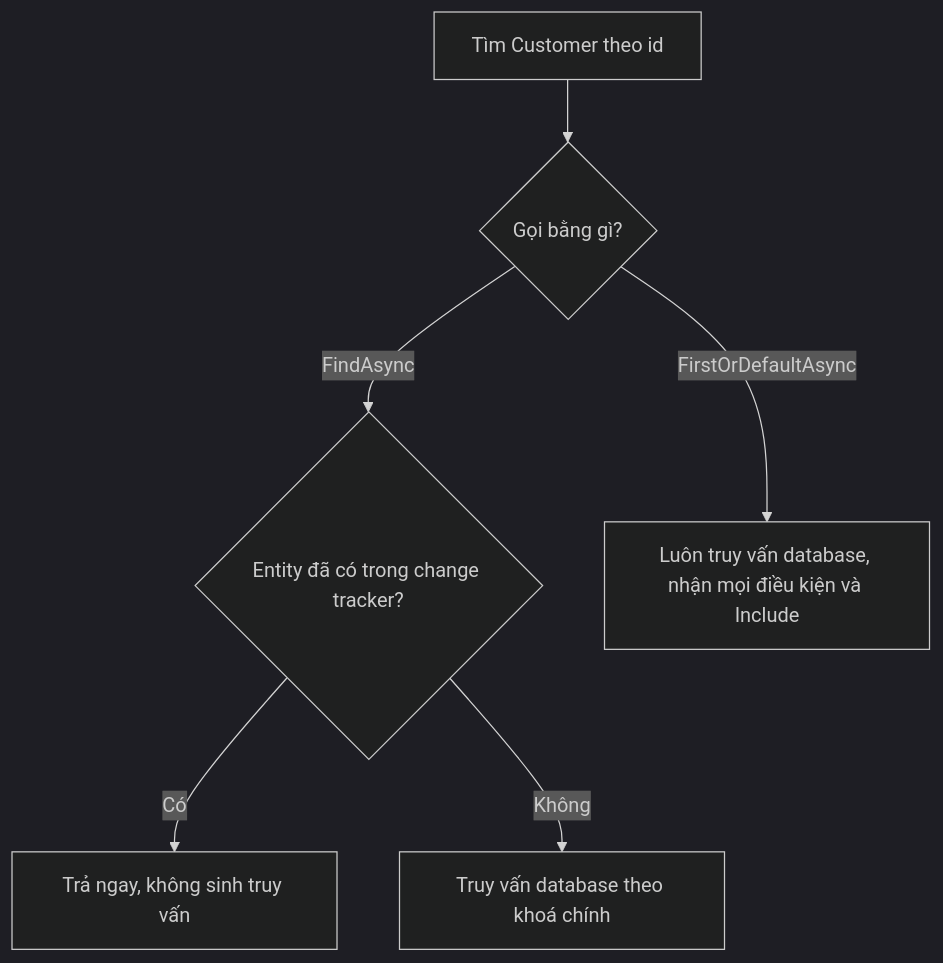
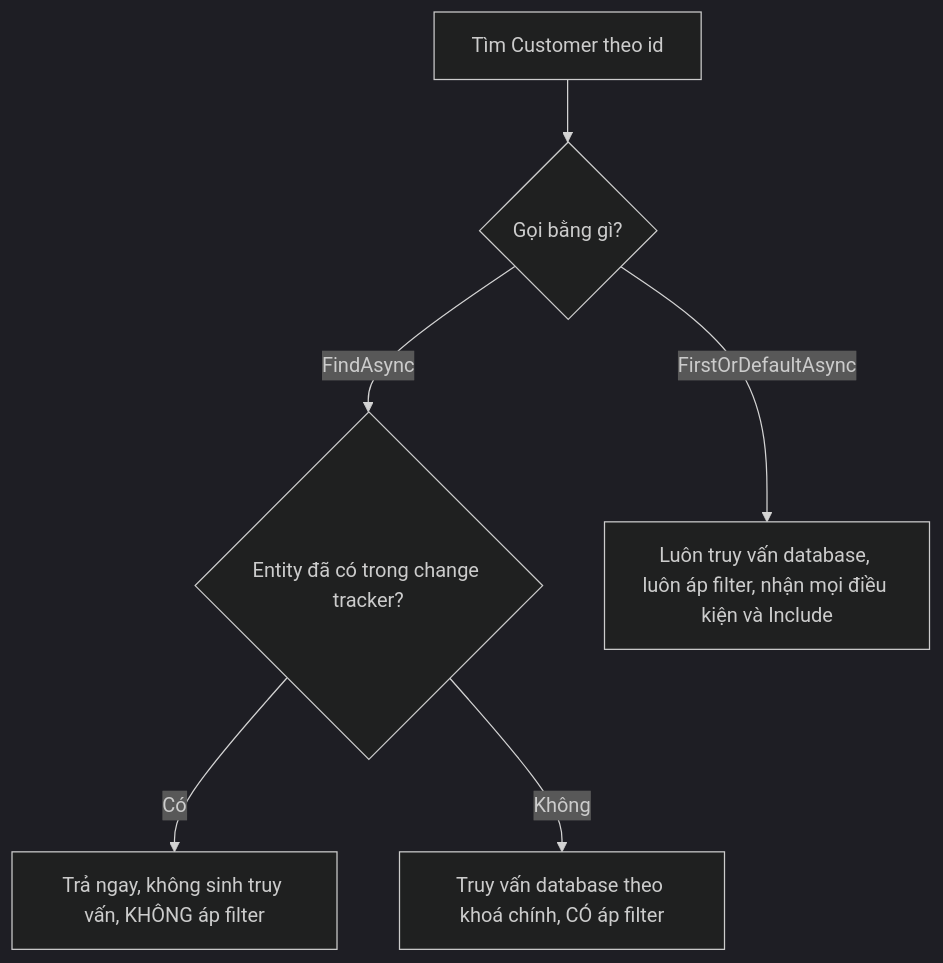
Before and after one commit to TienNHM/tiennhm.github.io: the diagram in docs/09-dotnet-backend-zero-to-senior/stage-04-database-production/module-13-entity-framework-core/13.5-query-patterns.mdx, drawn with Mermaid (dark theme). The commit also changed other lines of this file and 38 other files, not shown here.

````diff
--- a/docs/09-dotnet-backend-zero-to-senior/stage-04-database-production/module-13-entity-framework-core/13.5-query-patterns.mdx
+++ b/docs/09-dotnet-backend-zero-to-senior/stage-04-database-production/module-13-entity-framework-core/13.5-query-patterns.mdx
@@ -205,8 +205,8 @@
 ```mermaid
 flowchart TD
     A["Tìm Customer theo id"] --> B{"Gọi bằng gì?"}
     B -->|"FindAsync"| C{"Entity đã có trong change tracker?"}
-    C -->|"Có"| D["Trả ngay, không sinh truy vấn"]
-    C -->|"Không"| E["Truy vấn database theo khoá chính"]
-    B -->|"FirstOrDefaultAsync"| F["Luôn truy vấn database, nhận mọi điều kiện và Include"]
+    C -->|"Có"| D["Trả ngay, không sinh truy vấn, KHÔNG áp filter"]
+    C -->|"Không"| E["Truy vấn database theo khoá chính, CÓ áp filter"]
+    B -->|"FirstOrDefaultAsync"| F["Luôn truy vấn database, luôn áp filter, nhận mọi điều kiện và Include"]
 ```
````
